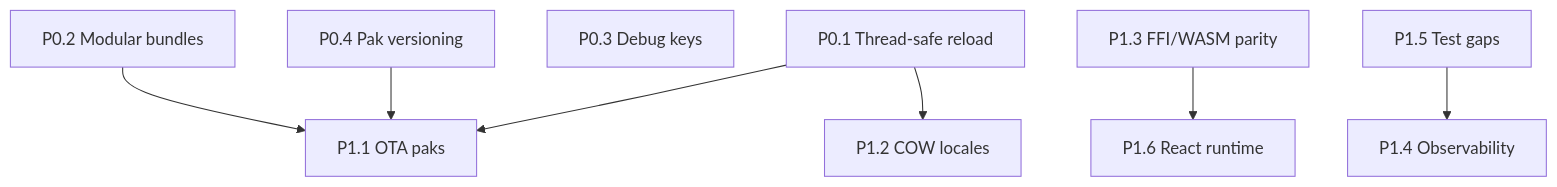
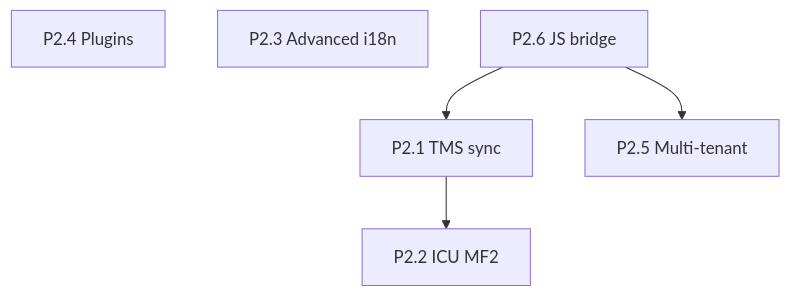
One commit to xdvi/l10n4x changed the diagram in docs/ROADMAP.md. Above: the diagram before and after it, drawn with Mermaid. The commit also changed other lines of this file and 27 other files, not shown here.

````diff
--- a/docs/ROADMAP.md
+++ b/docs/ROADMAP.md
@@ -221,20 +104,13 @@
 ```mermaid
 graph TD
-    P01[P0.1 Thread-safe reload]
-    P02[P0.2 Modular bundles]
-    P03[P0.3 Debug keys]
-    P04[P0.4 Pak versioning]
-    P11[P1.1 OTA paks]
-    P12[P1.2 COW locales]
-    P13[P1.3 FFI/WASM parity]
-    P14[P1.4 Observability]
-    P15[P1.5 Test gaps]
-    P16[P1.6 React runtime]
+    P21[P2.1 TMS sync]
+    P22[P2.2 ICU MF2]
+    P25[P2.5 Multi-tenant]
+    P24[P2.4 Plugins]
+    P23[P2.3 Advanced i18n]
+    P26[P2.6 JS bridge]
 
-    P01 --> P11
-    P04 --> P11
-    P02 --> P11
-    P01 --> P12
-    P15 --> P14
-    P13 --> P16
+    P26 --> P21
+    P21 --> P22
+    P26 --> P25
 ```
````
